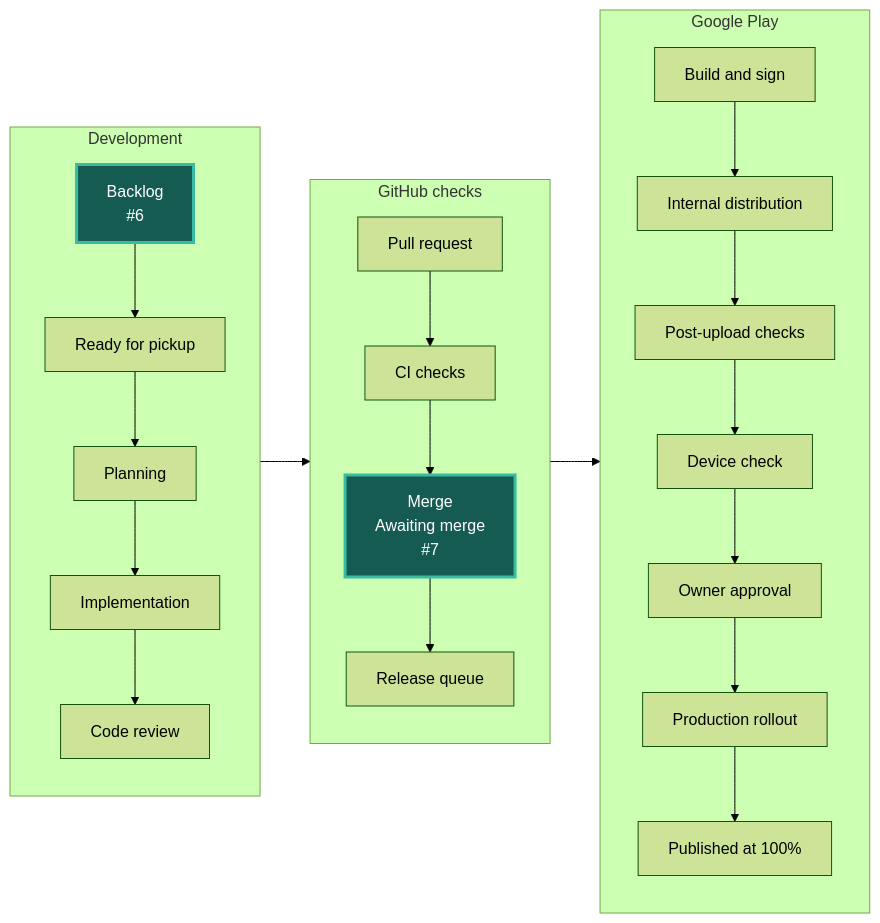
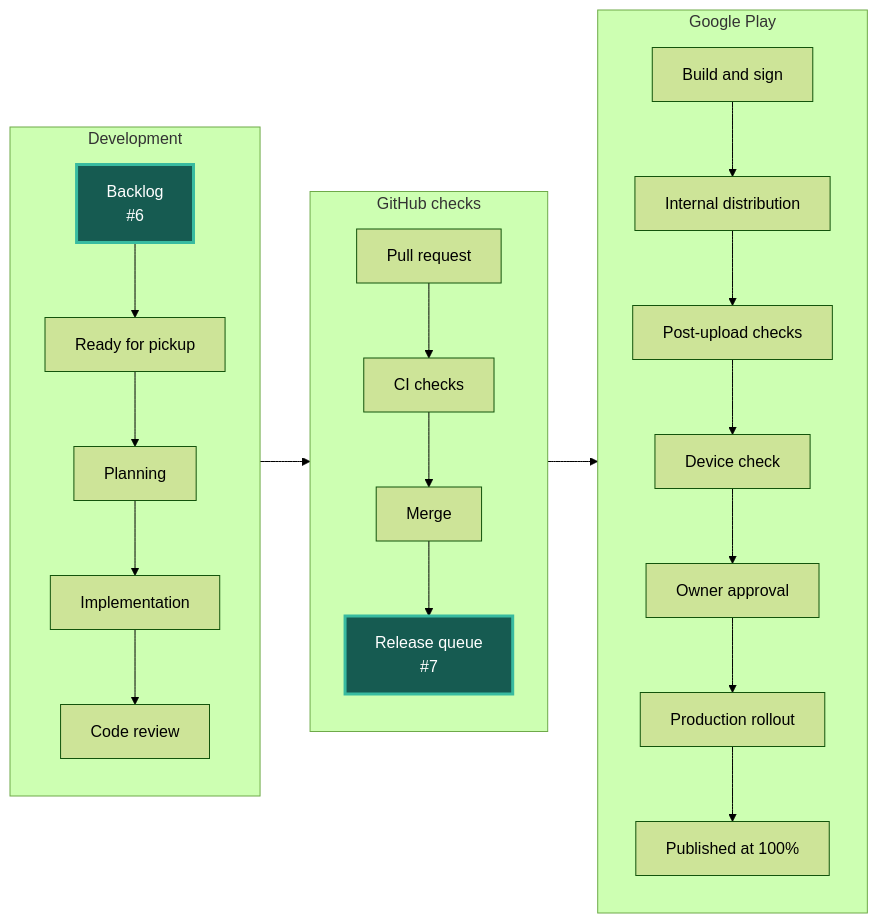
Before and after one commit to Oziomajnr/ChessTournamentManager: the diagram in STATUS.md, drawn with Mermaid (forest theme). The commit also changed other lines of this file and 1 other file, not shown here.

Commit message:
Refresh issue delivery graph

````diff
--- a/STATUS.md
+++ b/STATUS.md
@@ -5,35 +5,35 @@
 ```mermaid
 flowchart LR
     accTitle: Current issue positions in the delivery workflow
     accDescr: Development flows into GitHub checks and Google Play. Each issue number appears at its current step.
     subgraph development["Development"]
         direction TB
         backlog["Backlog<br/>#6"]:::occupied
         ready["Ready for pickup"]
         plan["Planning"]
         code["Implementation"]
         review["Code review"]
         backlog --> ready --> plan --> code --> review
     end
     subgraph integration["GitHub checks"]
         direction TB
         pull["Pull request"]
         ci["CI checks"]
-        merge["Merge<br/>Awaiting merge<br/>#7"]:::occupied
-        queue["Release queue"]
+        merge["Merge"]
+        queue["Release queue<br/>#7"]:::occupied
         pull --> ci --> merge --> queue
     end
     subgraph distribution["Google Play"]
         direction TB
         build["Build and sign"]
         internal["Internal distribution"]
         reports["Post-upload checks"]
         device["Device check"]
         approval["Owner approval"]
         rollout["Production rollout"]
         published["Published at 100%"]
         build --> internal --> reports --> device --> approval --> rollout --> published
     end
     development --> integration --> distribution
     classDef occupied fill:#165b51,color:#ffffff,stroke:#38bba0,stroke-width:3px
 ```
````
